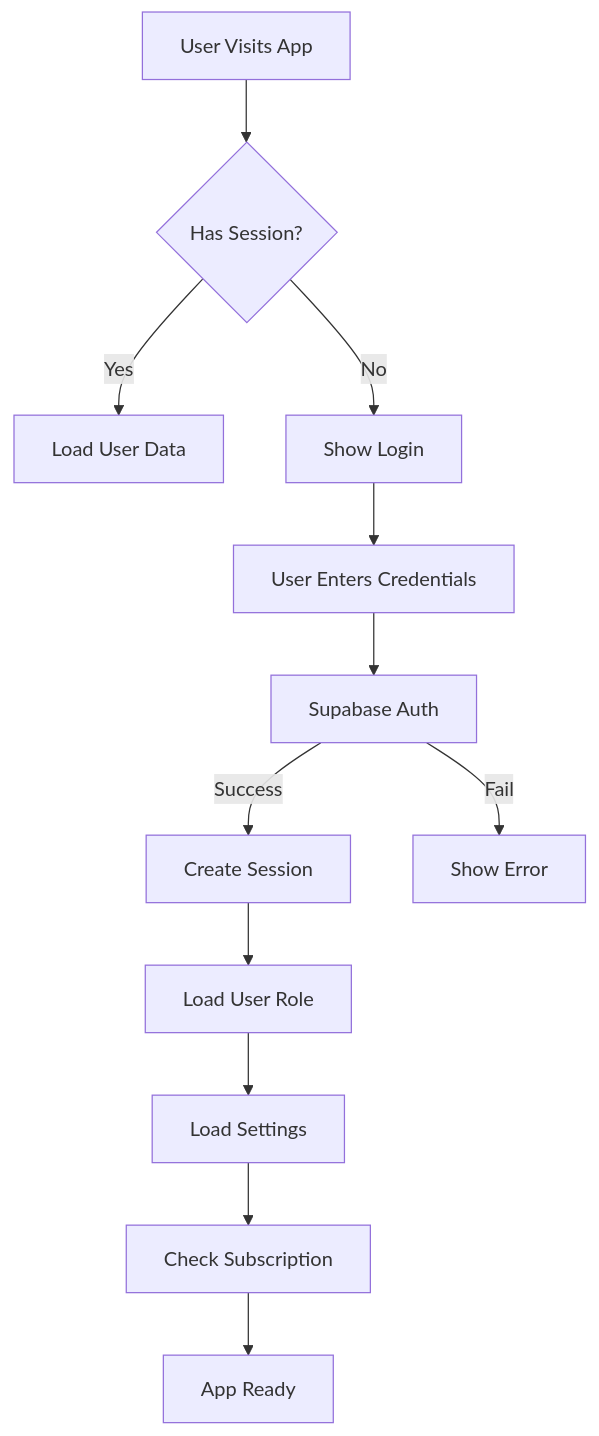
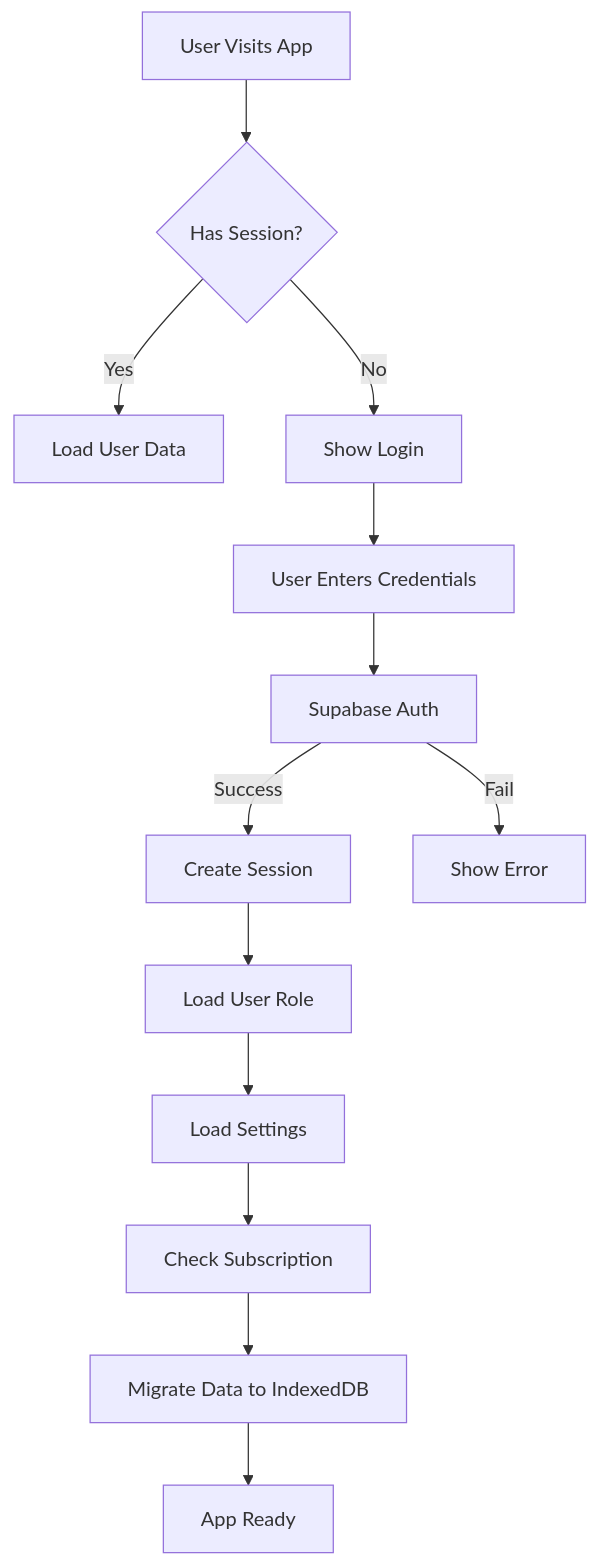
Before and after one commit to floridasonconsulting/quoteitai: the second of 4 diagrams in MASTERSYSTEMREFERENCE.md, drawn with Mermaid. The commit also changed other lines of this file, not shown here.

````diff
--- a/MASTERSYSTEMREFERENCE.md
+++ b/MASTERSYSTEMREFERENCE.md
@@ -310,14 +327,15 @@
 ```mermaid
 graph TD
     A[User Visits App] --> B{Has Session?}
     B -->|Yes| C[Load User Data]
     B -->|No| D[Show Login]
     D --> E[User Enters Credentials]
     E --> F[Supabase Auth]
     F -->|Success| G[Create Session]
     F -->|Fail| H[Show Error]
     G --> I[Load User Role]
     I --> J[Load Settings]
     J --> K[Check Subscription]
-    K --> L[App Ready]
+    K --> L[Migrate Data to IndexedDB]
+    L --> M[App Ready]
 ```
````
